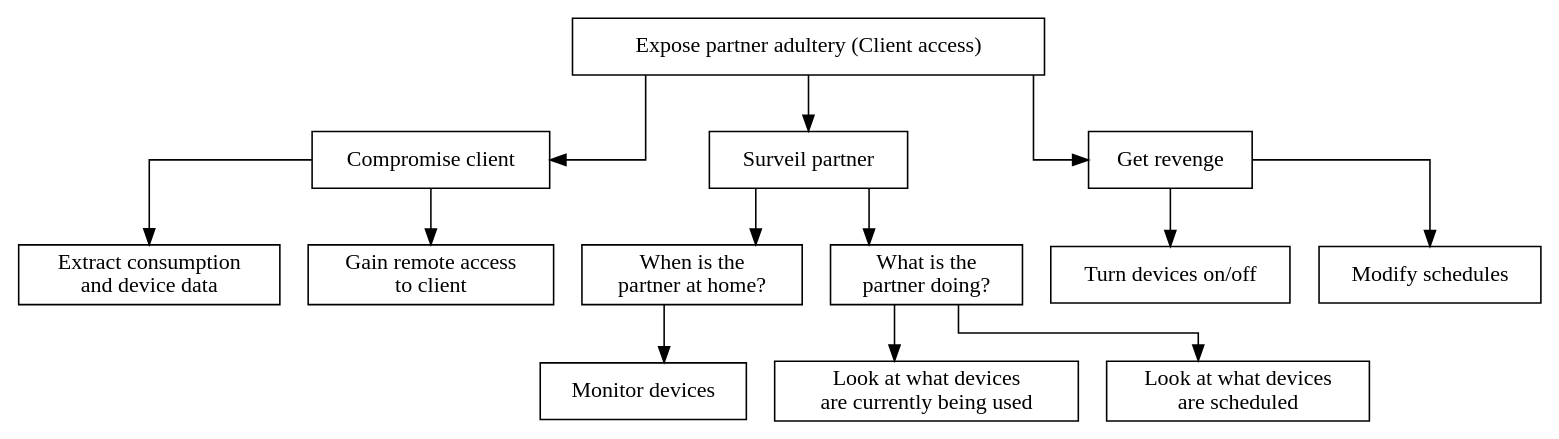
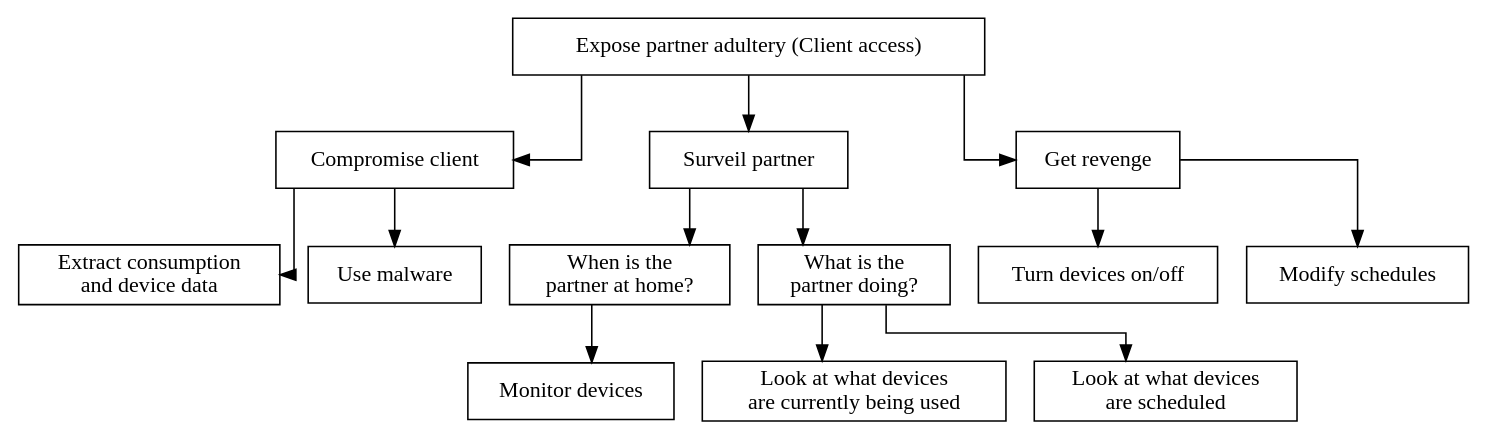
One commit to des904e15/report changed the diagram in figures/graphviz/partner_vs_consumer_client.dot. Above: the diagram before and after it, drawn with Graphviz. The commit also changed 31 other files, not shown here.

```diff
--- a/figures/graphviz/partner_vs_consumer_client.dot
+++ b/figures/graphviz/partner_vs_consumer_client.dot
@@ -1,40 +1,40 @@
 digraph finite_state_machine {
   node [shape = rectangle];
   graph [splines=ortho];
 
   root[label = "Expose partner adultery (Client access)",shape=AND];
 
 
     compromise_client[label="Compromise client", shape=OR];
     root->compromise_client;
     extractDataFromClient[label="Extract consumption\nand device data"];
-    gainRemoteAccessToClient[label="Gain remote access\nto client"]
+    gainRemoteAccessToClient[label="Use malware"]
     compromise_client -> extractDataFromClient, gainRemoteAccessToClient;
 
   surveil[label="Surveil partner",shape=OR];
   root->surveil;
 
     at_home[label="When is the\npartner at home?"];
     surveil->at_home
 
       running_devices[label="Monitor devices"];
       at_home->running_devices;
 
     doing_what[label="What is the\npartner doing?",shape=OR];
     surveil->doing_what;
 
       running_devices2[label="Look at what devices\nare currently being used"];
       doing_what->running_devices2;
 
       scheduled_devices[label="Look at what devices\nare scheduled"];
       doing_what->scheduled_devices;
 
   revenge[label="Get revenge",shape=OR];
   root->revenge;
 
     turn_onoff[label="Turn devices on/off"];
     revenge->turn_onoff;
 
     modify_schedules[label="Modify schedules"];
     revenge->modify_schedules;
 }
```
